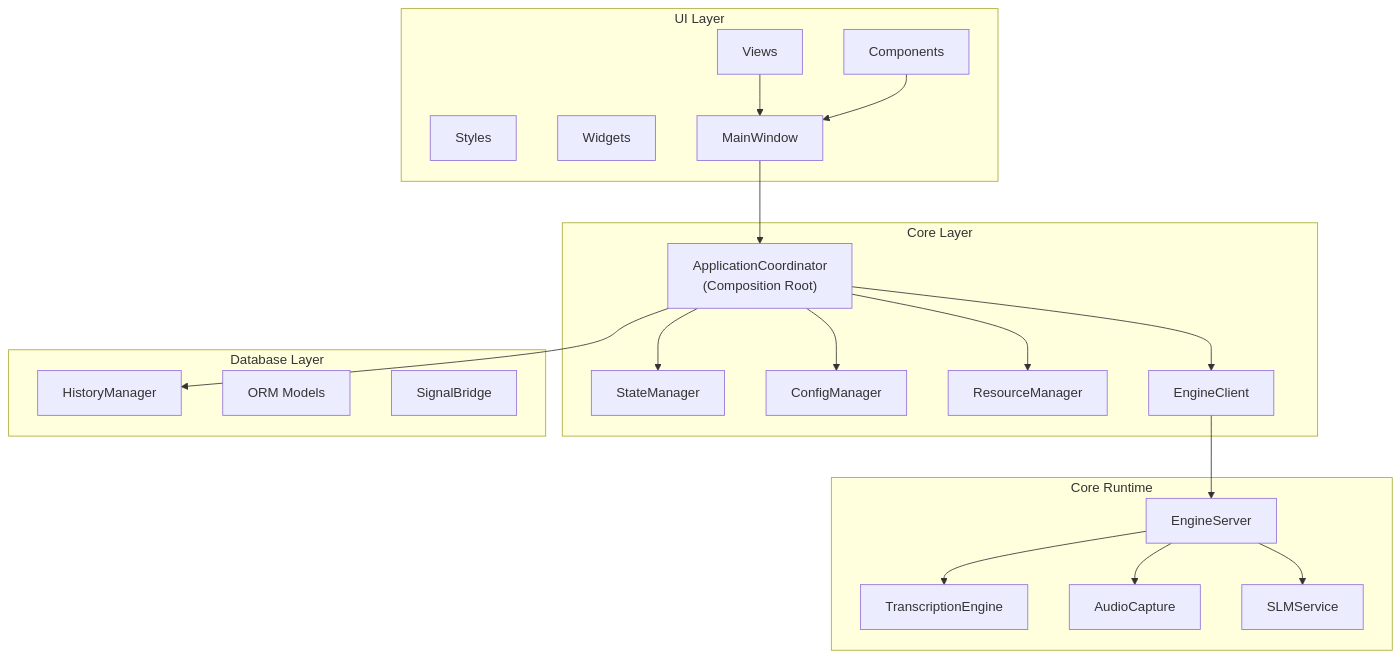
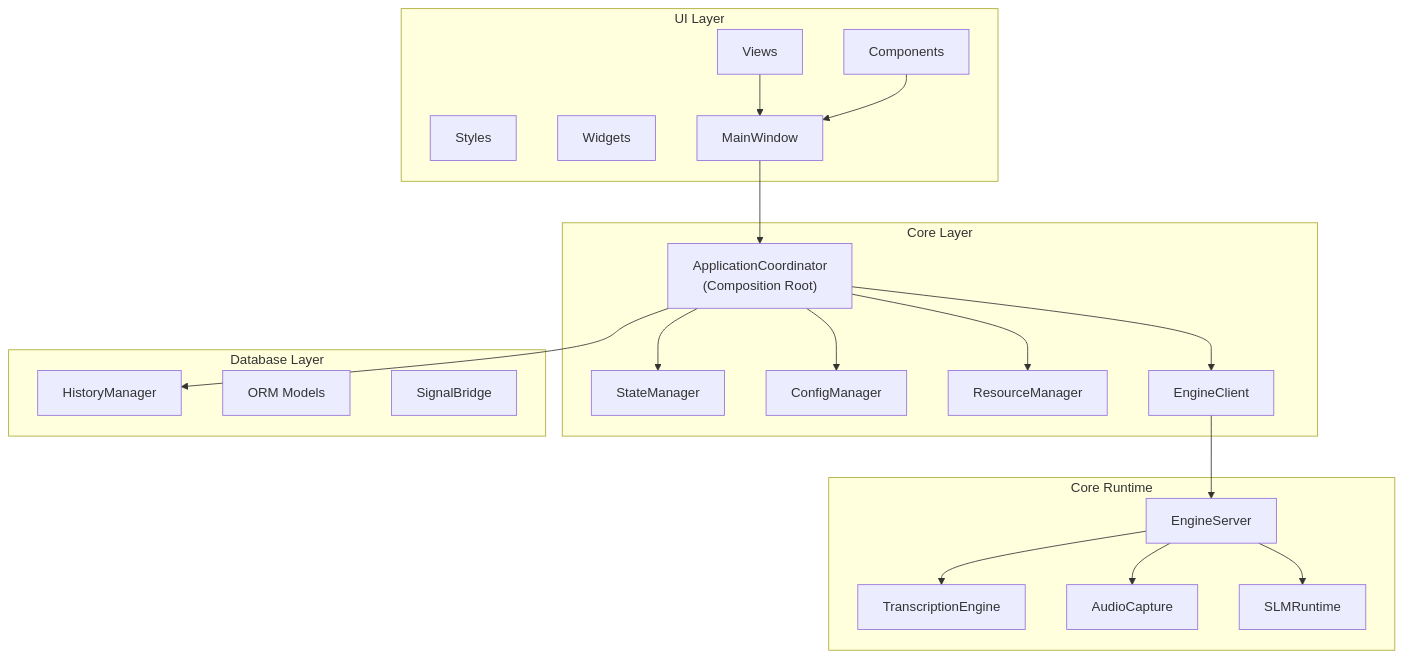
One commit to WanderingAstronomer/Vociferous changed the first of 5 diagrams in docs/wiki/Architecture.md. Above: the diagram before and after it, drawn with Mermaid. The commit also changed other lines of this file and 1 other file, not shown here.

Commit message:
docs(refinement): document SLMRuntime as canonical runtime; remove SLMService responsibilities

````diff
--- a/docs/wiki/Architecture.md
+++ b/docs/wiki/Architecture.md
@@ -18,44 +18,44 @@
 ```mermaid
 flowchart TB
     subgraph UI["UI Layer"]
         Views["Views"]
         Components["Components"]
         Styles["Styles"]
         Widgets["Widgets"]
         MainWindow["MainWindow"]
         Views --> MainWindow
         Components --> MainWindow
     end
 
     subgraph Core["Core Layer"]
         AC["ApplicationCoordinator<br/>(Composition Root)"]
         StateMgr["StateManager"]
         ConfigMgr["ConfigManager"]
         ResourceMgr["ResourceManager"]
         EngineClient["EngineClient"]
         AC --> StateMgr
         AC --> ConfigMgr
         AC --> ResourceMgr
         AC --> EngineClient
     end
 
     subgraph Runtime["Core Runtime"]
         EngineServer["EngineServer"]
         WhisperEngine["TranscriptionEngine"]
         AudioCapture["AudioCapture"]
-        SLMService["SLMService"]
+        SLMRuntime["SLMRuntime"]
         EngineServer --> WhisperEngine
         EngineServer --> AudioCapture
-        EngineServer --> SLMService
+        EngineServer --> SLMRuntime
     end
 
     subgraph Database["Database Layer"]
         HistoryManager["HistoryManager"]
         Models["ORM Models"]
         SignalBridge["SignalBridge"]
     end
 
     MainWindow --> AC
     EngineClient --> EngineServer
     AC --> HistoryManager
 ```
````
